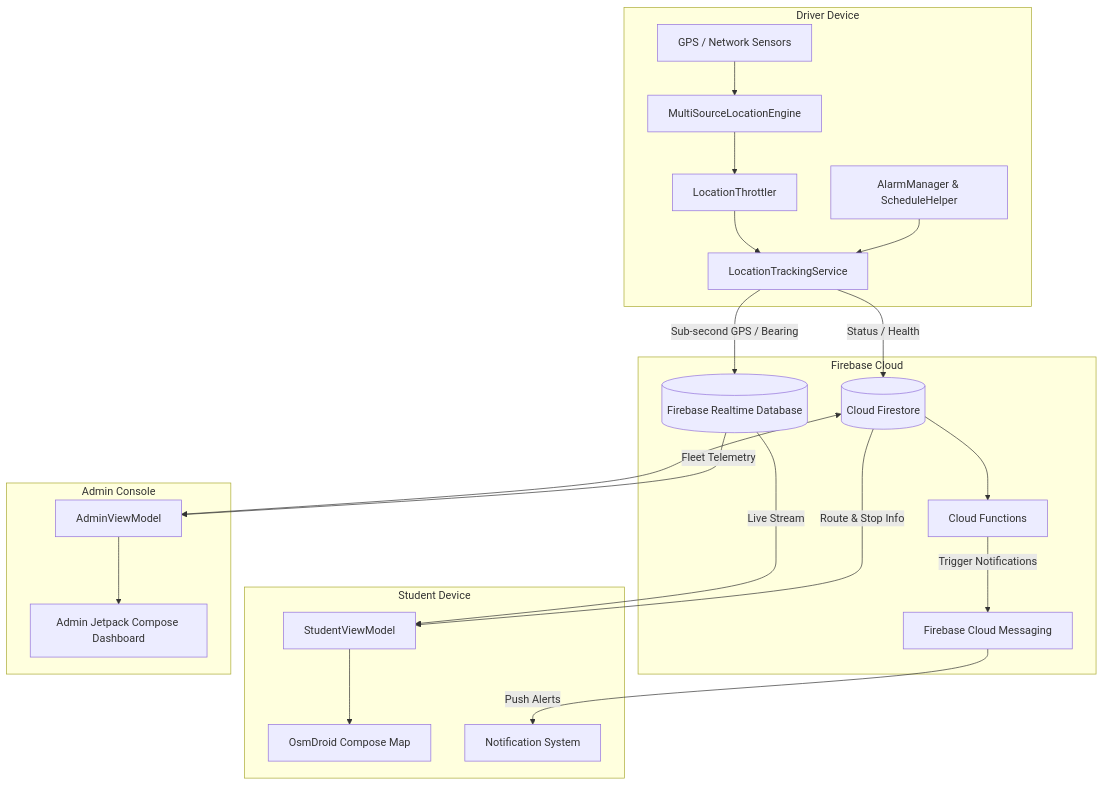
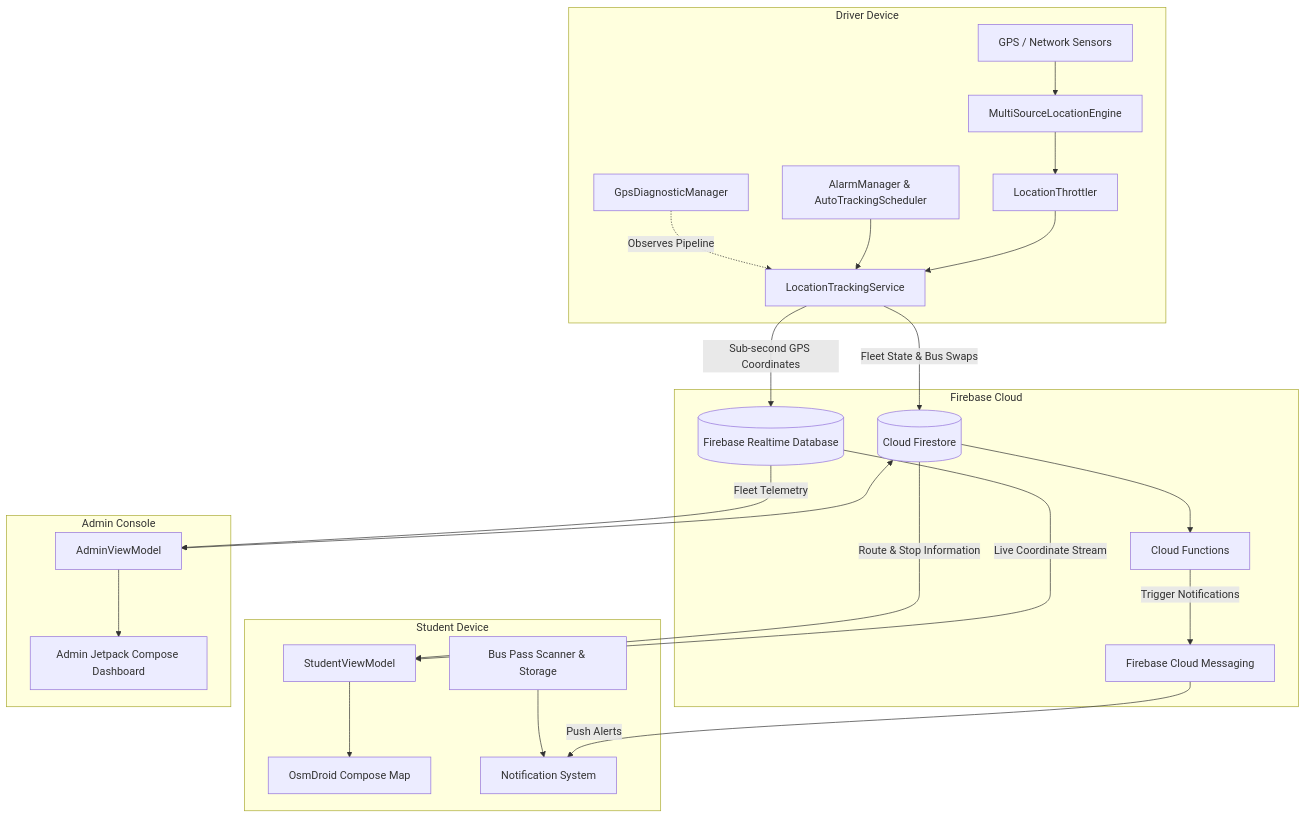
The first of 3 diagrams in README.md (bkeshava636-dot/FleetX), drawn with Mermaid before and after one commit. The commit also changed other lines of this file, not shown here.

Commit message:
docs: update README with current features, bus pass scanner, GPS diagnostics, and driver logout safety

````diff
--- a/README.md
+++ b/README.md
@@ -89,29 +115,31 @@
 ```mermaid
 flowchart TD
     subgraph Driver Device
         D_GPS[GPS / Network Sensors] --> D_Engine[MultiSourceLocationEngine]
         D_Engine --> D_Throttle[LocationThrottler]
         D_Throttle --> D_Service[LocationTrackingService]
-        D_Alarm[AlarmManager & ScheduleHelper] --> D_Service
+        D_Alarm[AlarmManager & AutoTrackingScheduler] --> D_Service
+        D_Diag[GpsDiagnosticManager] -.->|Observes Pipeline| D_Service
     end
 
     subgraph Firebase Cloud
-        D_Service -->|Sub-second GPS / Bearing| RTDB[(Firebase Realtime Database)]
-        D_Service -->|Status / Health| Firestore[(Cloud Firestore)]
+        D_Service -->|Sub-second GPS Coordinates| RTDB[(Firebase Realtime Database)]
+        D_Service -->|Fleet State & Bus Swaps| Firestore[(Cloud Firestore)]
         CF[Cloud Functions] -->|Trigger Notifications| FCM[Firebase Cloud Messaging]
         Firestore --> CF
     end
 
     subgraph Student Device
-        RTDB -->|Live Stream| S_VM[StudentViewModel]
-        Firestore -->|Route & Stop Info| S_VM
+        RTDB -->|Live Coordinate Stream| S_VM[StudentViewModel]
+        Firestore -->|Route & Stop Information| S_VM
         S_VM --> S_Map[OsmDroid Compose Map]
         FCM -->|Push Alerts| S_UI[Notification System]
+        S_Pass[Bus Pass Scanner & Storage] --> S_UI
     end
 
     subgraph Admin Console
         Firestore <--> A_VM[AdminViewModel]
         RTDB -->|Fleet Telemetry| A_VM
         A_VM --> A_UI[Admin Jetpack Compose Dashboard]
     end
 ```
````
